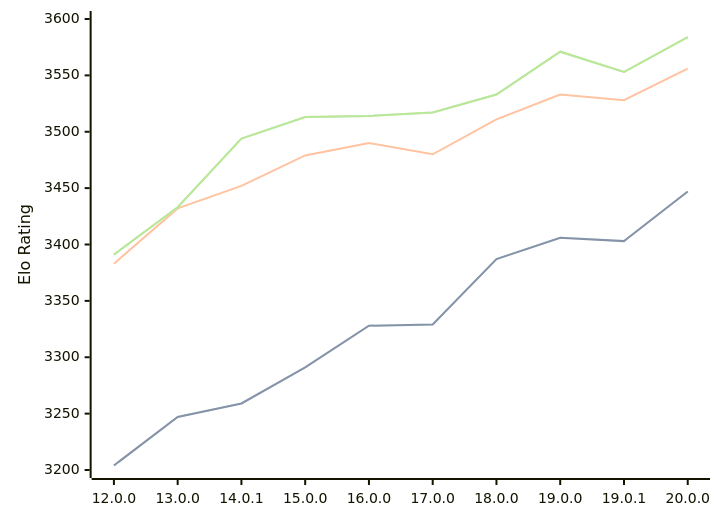
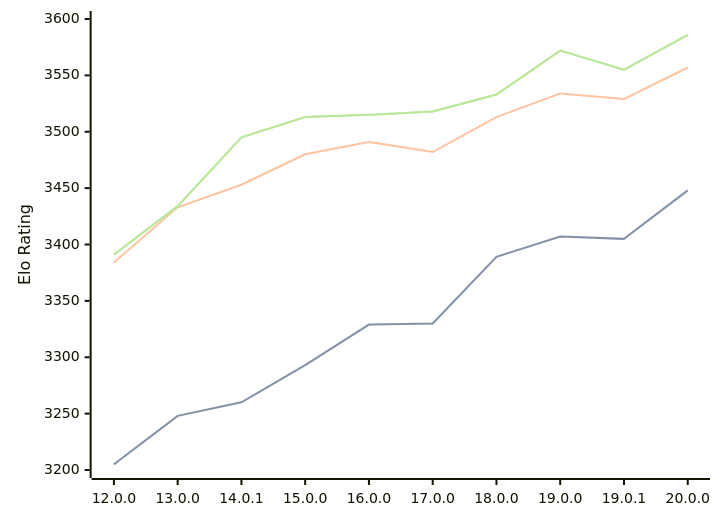
Before and after one commit to computer-chess-index/cci: the diagram in engines/Viridithas.md, drawn with Mermaid. The commit also changed other lines of this file, not shown here.

Commit message:
Update CCI Ratings (ELO VLTC) - 2026-08-26

````diff
--- a/engines/Viridithas.md
+++ b/engines/Viridithas.md
@@ -40,11 +40,11 @@
 ```mermaid
 %%{init: {"theme":"base","themeVariables":{"seriesColors:['#a3a3a3','#222221','#faa371']}}}%%
 xychart-beta
   x-axis ["12.0.0", "13.0.0", "14.0.1", "15.0.0", "16.0.0", "17.0.0", "18.0.0", "19.0.0", "19.0.1", "20.0.0"]
   y-axis "Elo Rating" 3200 --> 3600
-  line "STC (8.0+0.08s)" [3204, 3247, 3259, 3291, 3328, 3329, 3387, 3406, 3403, 3447]
-  line "STC (8.0+0.08s)" [3204, 3247, 3259, 3291, 3328, 3329, 3387, 3406, 3403, 3447]
-  line "LTC (60.0+0.60s)" [3383, 3432, 3452, 3479, 3490, 3480, 3511, 3533, 3528, 3556]
-  line "VLTC (2m24s+1.12s)" [3391, 3433, 3494, 3513, 3514, 3517, 3533, 3571, 3553, 3584]
-  line "VLTC (2m24s+1.12s)" [3391, 3433, 3494, 3513, 3514, 3517, 3533, 3571, 3553, 3584]
+  line "STC (8.0+0.08s)" [3205, 3248, 3260, 3293, 3329, 3330, 3389, 3407, 3405, 3448]
+  line "STC (8.0+0.08s)" [3205, 3248, 3260, 3293, 3329, 3330, 3389, 3407, 3405, 3448]
+  line "LTC (60.0+0.60s)" [3384, 3433, 3453, 3480, 3491, 3482, 3513, 3534, 3529, 3557]
+  line "VLTC (2m24s+1.12s)" [3391, 3434, 3495, 3513, 3515, 3518, 3533, 3572, 3555, 3586]
+  line "VLTC (2m24s+1.12s)" [3391, 3434, 3495, 3513, 3515, 3518, 3533, 3572, 3555, 3586]
 ```
````
